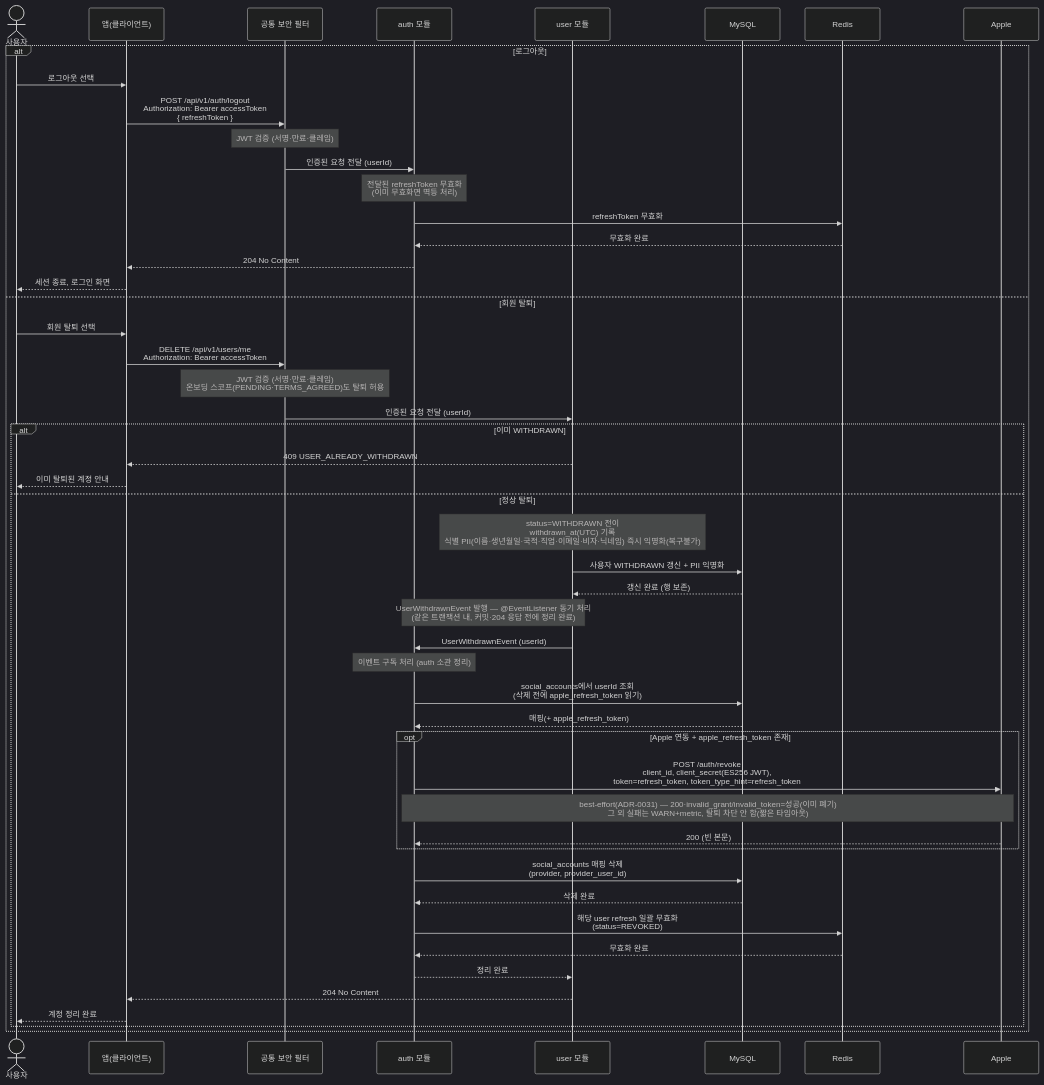
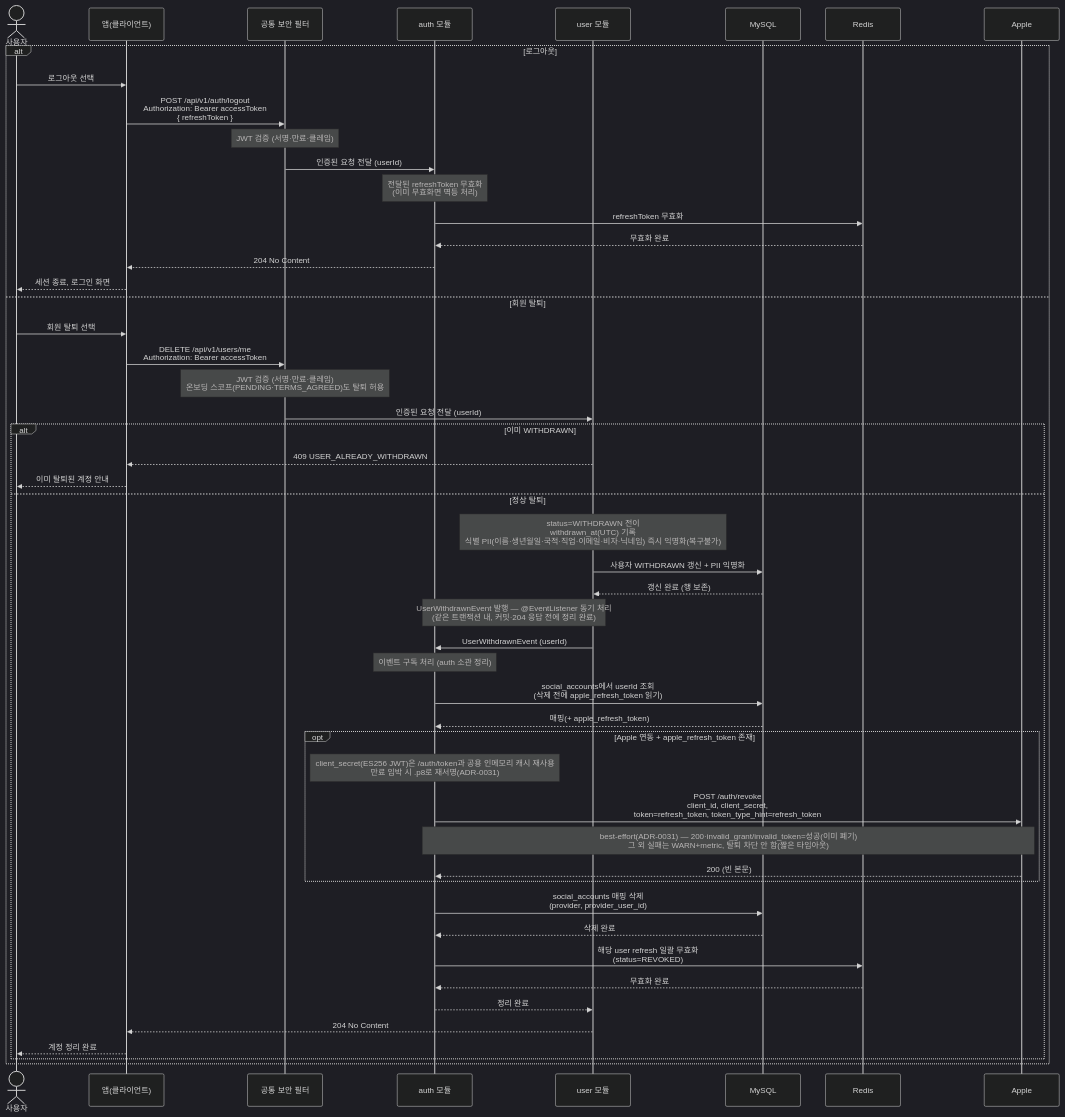
Before and after one commit to jameskim9509/Kohere-backend: the diagram in docs/architecture/sequence-diagrams/01-auth-onboarding/us-1-4-logout-withdraw.md, drawn with Mermaid (dark theme). The commit also changed 2 other files, not shown here.

Commit message:
docs(auth): client_secret이 앱 단위 단일 캐시값임을 ADR-0031에 명시
수평 확장 시 공유 저장소가 불필요한 근거(사용자별 캐시 아님, 만료 시각 기준
재서명)를 Decision #6에 한 줄 추가한다.

Refs: #60

````diff
--- a/docs/architecture/sequence-diagrams/01-auth-onboarding/us-1-4-logout-withdraw.md
+++ b/docs/architecture/sequence-diagrams/01-auth-onboarding/us-1-4-logout-withdraw.md
@@ -5,53 +5,54 @@
 ```mermaid
 sequenceDiagram
     actor U as 사용자
     participant C as 앱(클라이언트)
     participant SEC as 공통 보안 필터
     participant AUTH as auth 모듈
     participant USER as user 모듈
     participant SQL as MySQL
     participant RDS as Redis
     participant AP as Apple
 
     alt 로그아웃
         U->>C: 로그아웃 선택
         C->>SEC: POST /api/v1/auth/logout<br/>Authorization: Bearer accessToken<br/>{ refreshToken }
         Note over SEC: JWT 검증 (서명·만료·클레임)
         SEC->>AUTH: 인증된 요청 전달 (userId)
         Note over AUTH: 전달된 refreshToken 무효화<br/>(이미 무효화면 멱등 처리)
         AUTH->>RDS: refreshToken 무효화
         RDS-->>AUTH: 무효화 완료
         AUTH-->>C: 204 No Content
         C-->>U: 세션 종료, 로그인 화면
     else 회원 탈퇴
         U->>C: 회원 탈퇴 선택
         C->>SEC: DELETE /api/v1/users/me<br/>Authorization: Bearer accessToken
         Note over SEC: JWT 검증 (서명·만료·클레임)<br/>온보딩 스코프(PENDING·TERMS_AGREED)도 탈퇴 허용
         SEC->>USER: 인증된 요청 전달 (userId)
         alt 이미 WITHDRAWN
             USER-->>C: 409 USER_ALREADY_WITHDRAWN
             C-->>U: 이미 탈퇴된 계정 안내
         else 정상 탈퇴
             Note over USER: status=WITHDRAWN 전이<br/>withdrawn_at(UTC) 기록<br/>식별 PII(이름·생년월일·국적·직업·이메일·비자·닉네임) 즉시 익명화(복구불가)
             USER->>SQL: 사용자 WITHDRAWN 갱신 + PII 익명화
             SQL-->>USER: 갱신 완료 (행 보존)
             Note over USER,AUTH: UserWithdrawnEvent 발행 — @EventListener 동기 처리<br/>(같은 트랜잭션 내, 커밋·204 응답 전에 정리 완료)
             USER->>AUTH: UserWithdrawnEvent (userId)
             Note over AUTH: 이벤트 구독 처리 (auth 소관 정리)
             AUTH->>SQL: social_accounts에서 userId 조회<br/>(삭제 전에 apple_refresh_token 읽기)
             SQL-->>AUTH: 매핑(+ apple_refresh_token)
             opt Apple 연동 + apple_refresh_token 존재
-                AUTH->>AP: POST /auth/revoke<br/>client_id, client_secret(ES256 JWT),<br/>token=refresh_token, token_type_hint=refresh_token
+                Note over AUTH: client_secret(ES256 JWT)은 /auth/token과 공용 인메모리 캐시 재사용<br/>만료 임박 시 .p8로 재서명(ADR-0031)
+                AUTH->>AP: POST /auth/revoke<br/>client_id, client_secret,<br/>token=refresh_token, token_type_hint=refresh_token
                 Note over AUTH,AP: best-effort(ADR-0031) — 200·invalid_grant/invalid_token=성공(이미 폐기)<br/>그 외 실패는 WARN+metric, 탈퇴 차단 안 함(짧은 타임아웃)
                 AP-->>AUTH: 200 (빈 본문)
             end
             AUTH->>SQL: social_accounts 매핑 삭제<br/>(provider, provider_user_id)
             SQL-->>AUTH: 삭제 완료
             AUTH->>RDS: 해당 user refresh 일괄 무효화<br/>(status=REVOKED)
             RDS-->>AUTH: 무효화 완료
             AUTH-->>USER: 정리 완료
             USER-->>C: 204 No Content
             C-->>U: 계정 정리 완료
         end
     end
 ```
````
